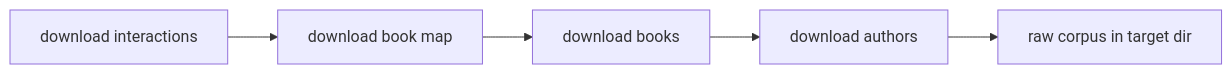
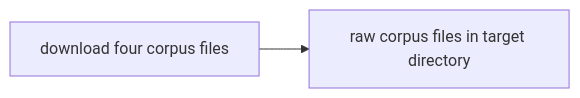
One commit to cptntrps/bookmatch changed the second of 4 diagrams in docs/3_WORKFLOWS.md. Above: the diagram before and after it, drawn with Mermaid. The commit also changed other lines of this file and 5 other files, not shown here.

````diff
--- a/docs/3_WORKFLOWS.md
+++ b/docs/3_WORKFLOWS.md
@@ -71,7 +66,4 @@
 ```mermaid
 graph LR
-    A[download interactions] --> B[download book map]
-    B --> C[download books]
-    C --> D[download authors]
-    D --> E[raw corpus in target dir]
+    A[download four corpus files] --> B[raw corpus files in target directory]
 ```
````
